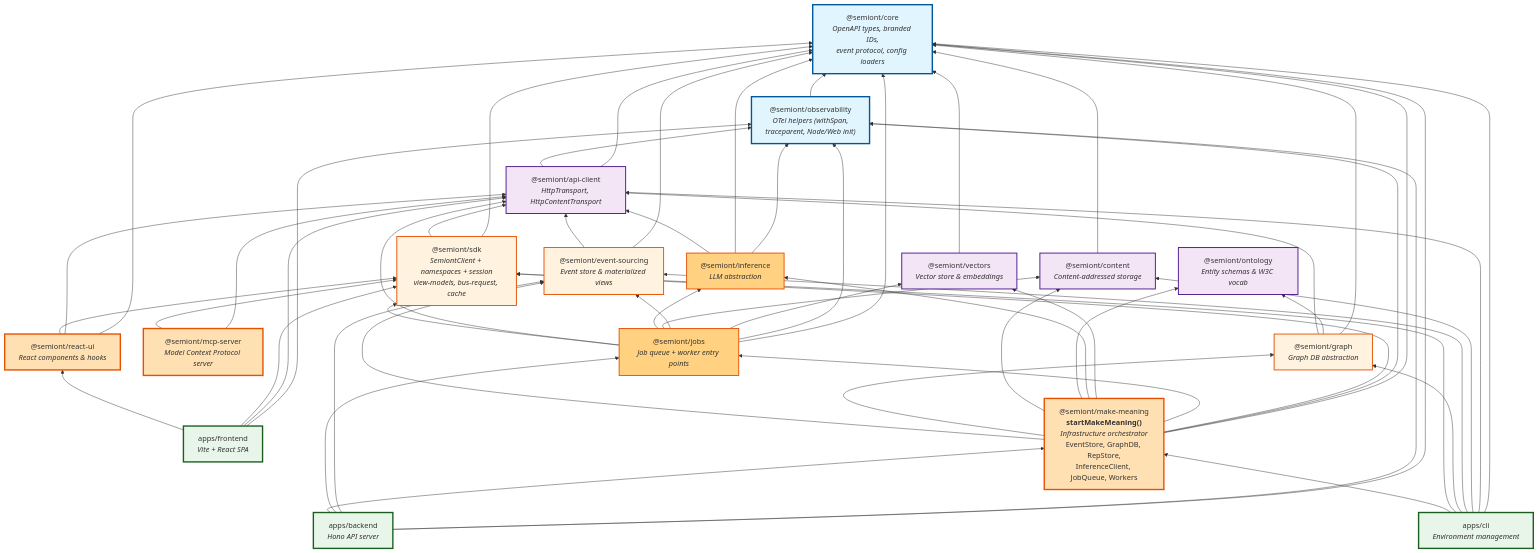
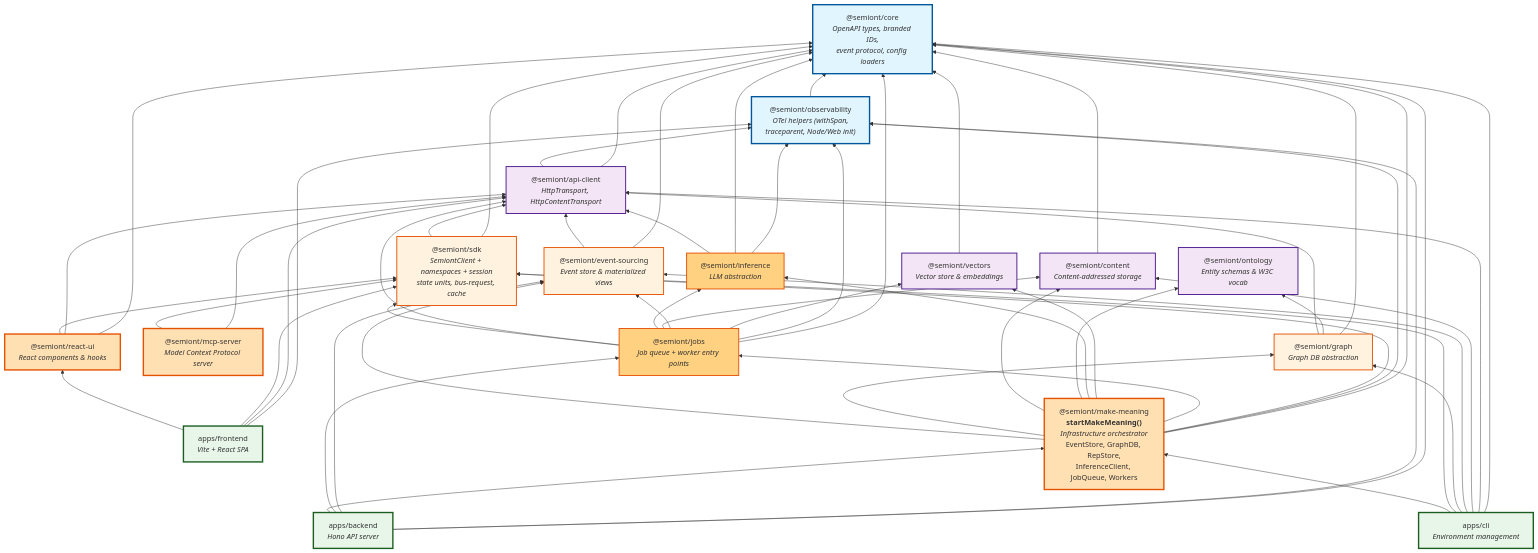
One commit to The-AI-Alliance/semiont changed the diagram in docs/system/PACKAGE-ARCHITECTURE.md. Above: the diagram before and after it, drawn with Mermaid. The commit also changed 235 other files, not shown here.

```diff
--- a/docs/system/PACKAGE-ARCHITECTURE.md
+++ b/docs/system/PACKAGE-ARCHITECTURE.md
@@ -23,7 +23,7 @@
     jobs["@semiont/jobs<br/><i>Job queue + worker entry points</i>"]
 
     %% Layer 2: SDK + Domain Storage
-    sdk["@semiont/sdk<br/><i>SemiontClient + namespaces + session<br/>view-models, bus-request, cache</i>"]
+    sdk["@semiont/sdk<br/><i>SemiontClient + namespaces + session<br/>state units, bus-request, cache</i>"]
     graph_pkg["@semiont/graph<br/><i>Graph DB abstraction</i>"]
     event["@semiont/event-sourcing<br/><i>Event store & materialized views</i>"]
 
```
